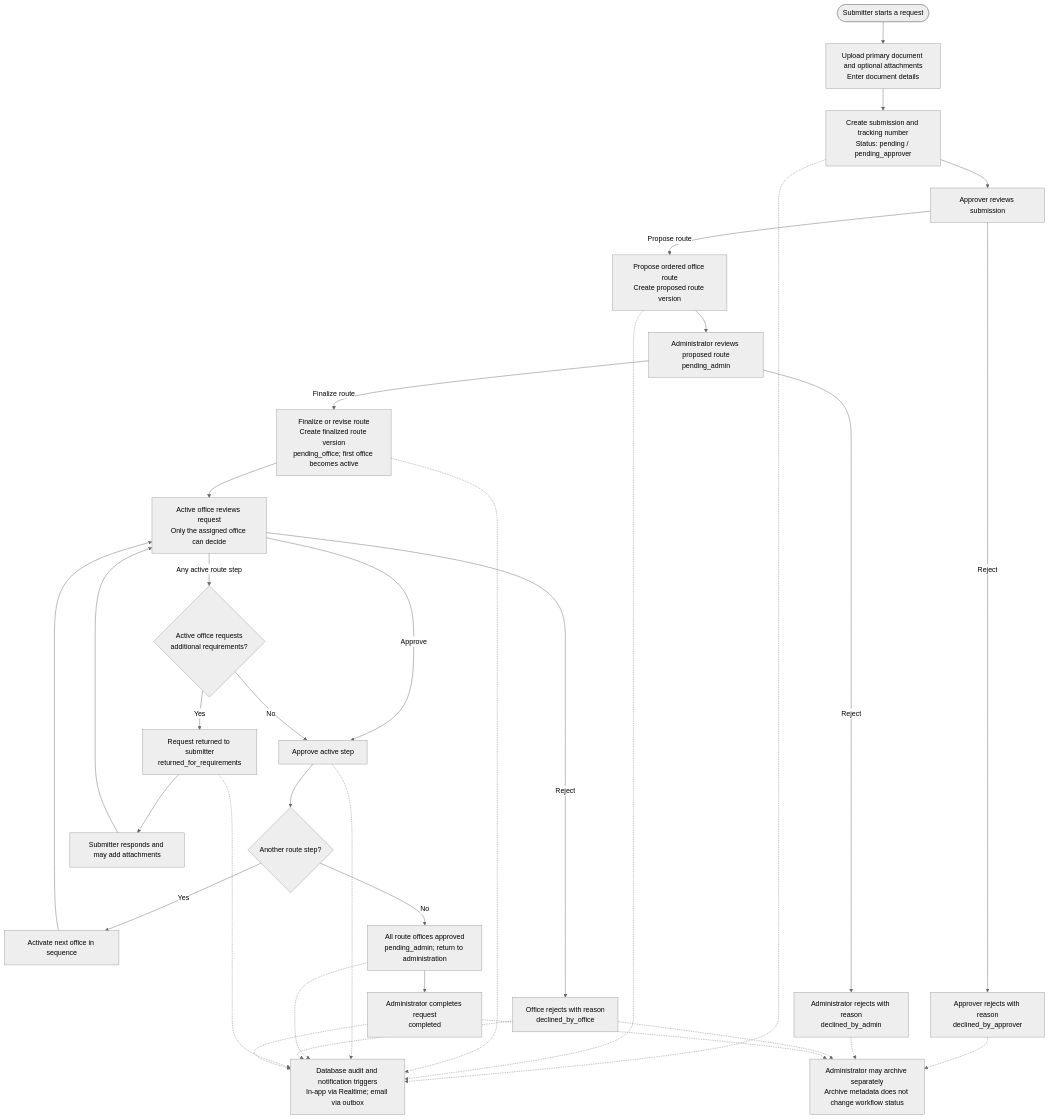
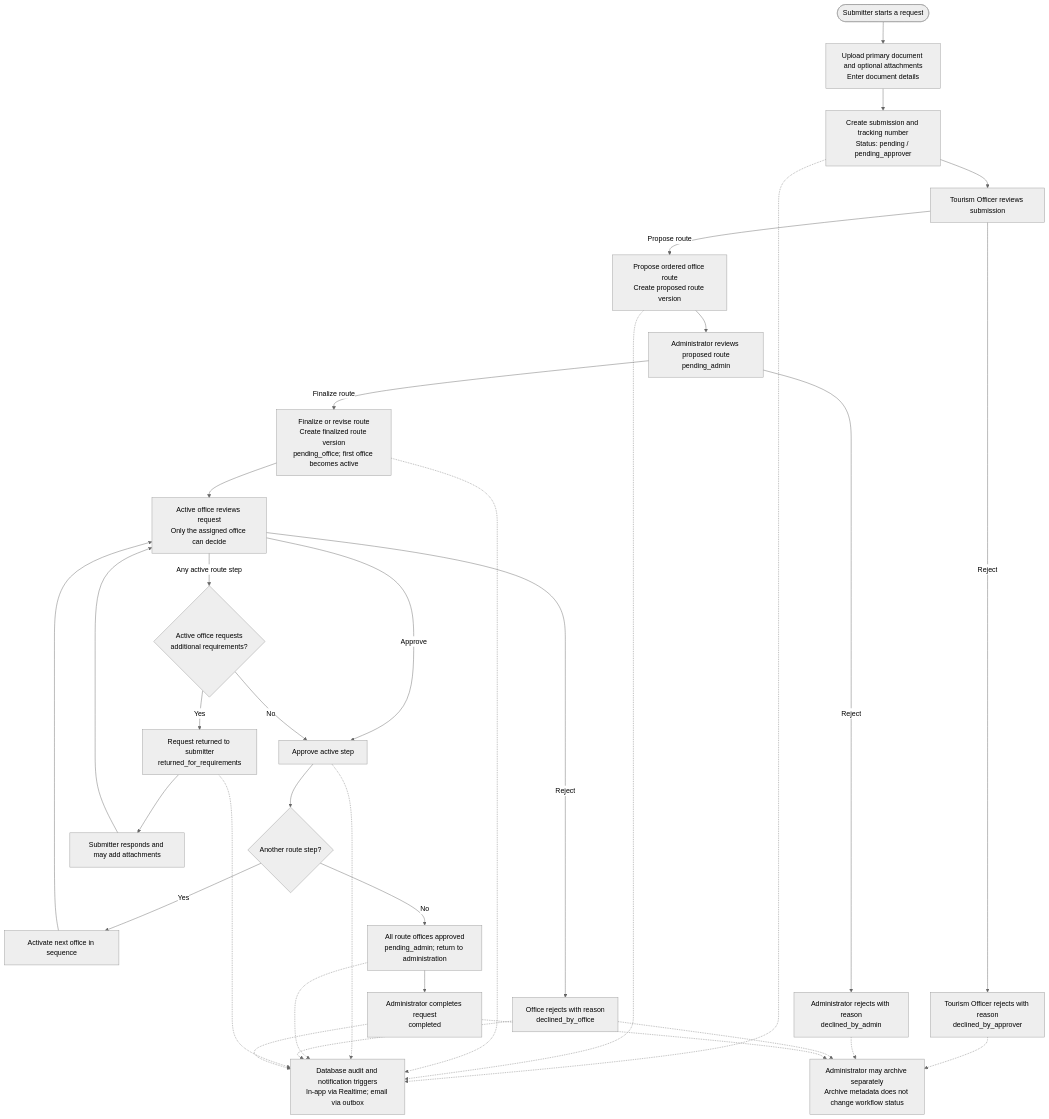
Before and after one commit to ivanlacson00-ux/connect-daet.ai-workflow: the second of 2 diagrams in WORKFLOW-ARCHITECTURE.md, drawn with Mermaid (neutral theme). The commit also changed other lines of this file and 29 other files, not shown here.

````diff
--- a/WORKFLOW-ARCHITECTURE.md
+++ b/WORKFLOW-ARCHITECTURE.md
@@ -50,50 +50,50 @@
 ```mermaid
 flowchart TD
   Start([Submitter starts a request])
   Upload["Upload primary document and optional attachments<br/>Enter document details"]
   Submitted["Create submission and tracking number<br/>Status: pending / pending_approver"]
-  ApproverReview["Approver reviews submission"]
+  TourismReview["Tourism Officer reviews submission"]
   Propose["Propose ordered office route<br/>Create proposed route version"]
-  ApproverReject["Approver rejects with reason<br/>declined_by_approver"]
+  TourismReject["Tourism Officer rejects with reason<br/>declined_by_approver"]
   AdminReview["Administrator reviews proposed route<br/>pending_admin"]
   Finalize["Finalize or revise route<br/>Create finalized route version<br/>pending_office; first office becomes active"]
   AdminReject["Administrator rejects with reason<br/>declined_by_admin"]
   OfficeReview["Active office reviews request<br/>Only the assigned office can decide"]
   NextOffice{"Another route step?"}
   ApproveOffice["Approve active step"]
   NextStep["Activate next office in sequence"]
   AllApproved["All route offices approved<br/>pending_admin; return to administration"]
   Complete["Administrator completes request<br/>completed"]
   OfficeReject["Office rejects with reason<br/>declined_by_office"]
   NeedInfo{"Active office requests<br/>additional requirements?"}
   ReturnInfo["Request returned to submitter<br/>returned_for_requirements"]
   ProvideInfo["Submitter responds and may add attachments"]
   Notify["Database audit and notification triggers<br/>In-app via Realtime; email via outbox"]
   Archive["Administrator may archive separately<br/>Archive metadata does not change workflow status"]
 
-  Start --> Upload --> Submitted --> ApproverReview
-  ApproverReview -->|"Propose route"| Propose --> AdminReview
-  ApproverReview -->|"Reject"| ApproverReject
+  Start --> Upload --> Submitted --> TourismReview
+  TourismReview -->|"Propose route"| Propose --> AdminReview
+  TourismReview -->|"Reject"| TourismReject
   AdminReview -->|"Finalize route"| Finalize --> OfficeReview
   AdminReview -->|"Reject"| AdminReject
   OfficeReview -->|"Approve"| ApproveOffice --> NextOffice
   NextOffice -->|"Yes"| NextStep --> OfficeReview
   NextOffice -->|"No"| AllApproved --> Complete
   OfficeReview -->|"Reject"| OfficeReject
   OfficeReview -->|"Any active route step"| NeedInfo
   NeedInfo -->|"Yes"| ReturnInfo --> ProvideInfo --> OfficeReview
   NeedInfo -->|"No"| ApproveOffice
 
   Submitted -.-> Notify
   Propose -.-> Notify
   Finalize -.-> Notify
   ApproveOffice -.-> Notify
   AllApproved -.-> Notify
   OfficeReject -.-> Notify
   ReturnInfo -.-> Notify
   Complete -.-> Notify
-  ApproverReject -.-> Archive
+  TourismReject -.-> Archive
   AdminReject -.-> Archive
   OfficeReject -.-> Archive
   Complete -.-> Archive
 ```
````
